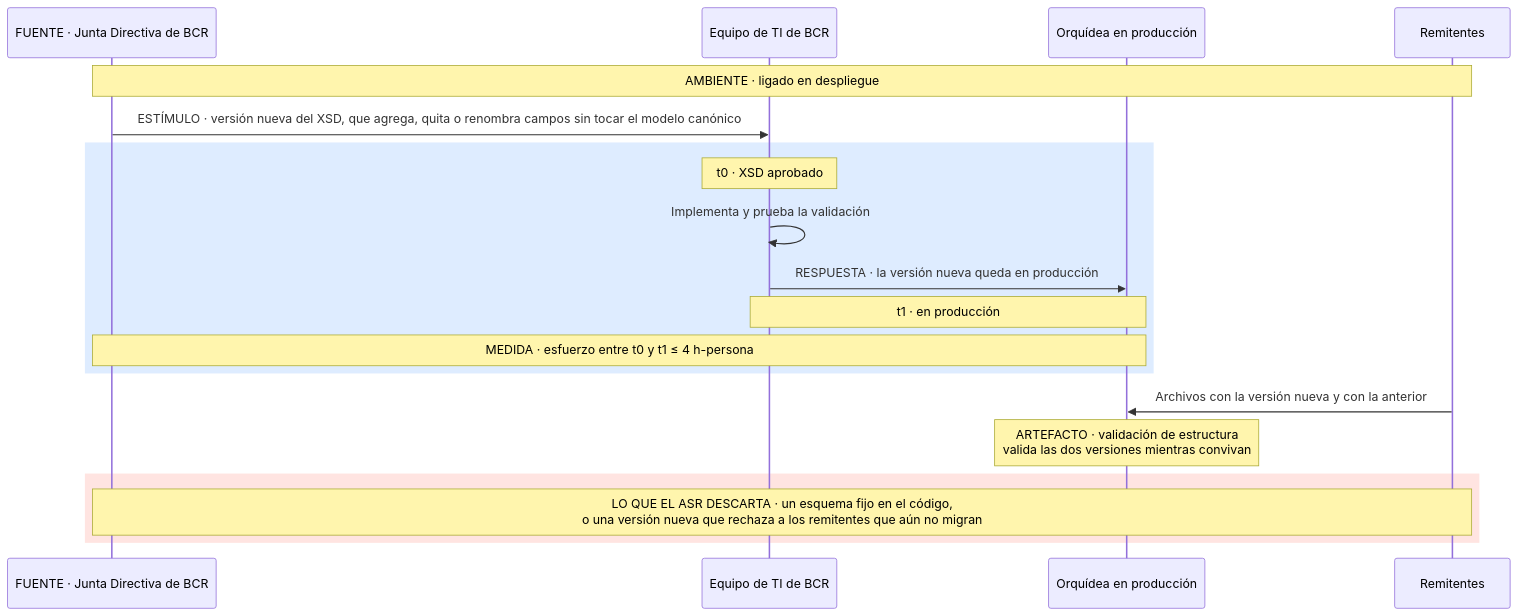
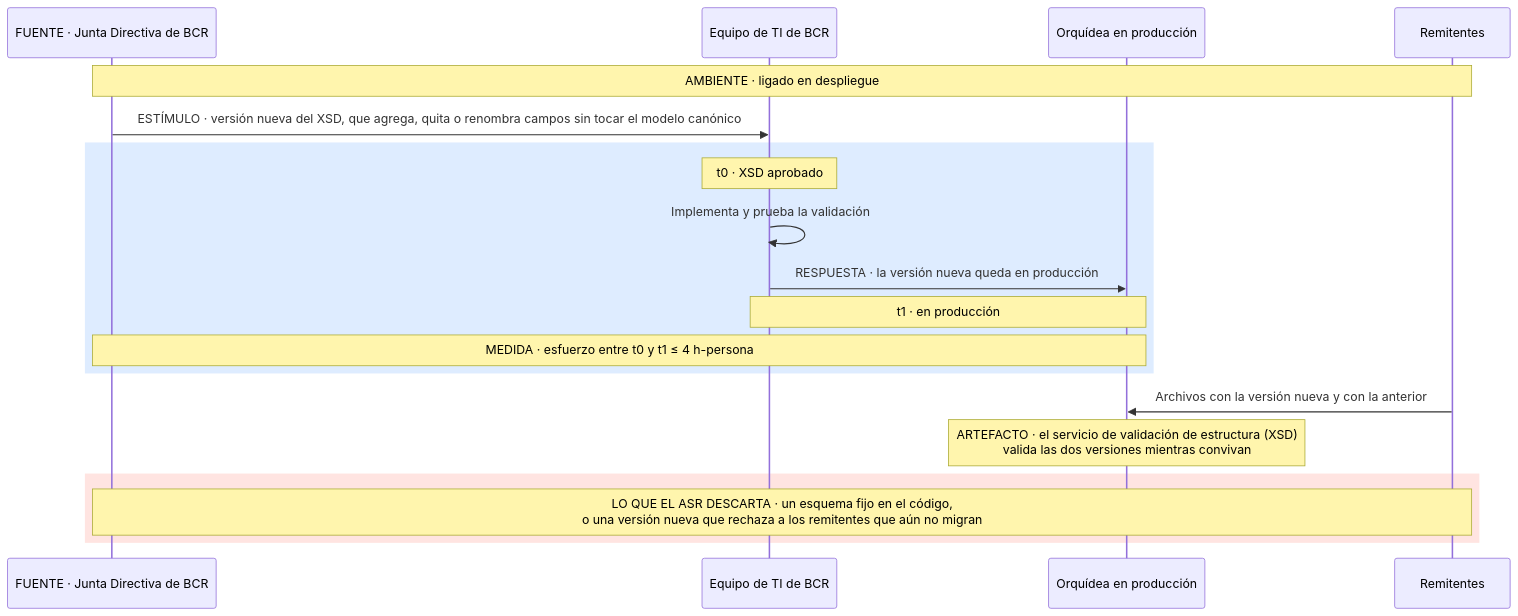
Diagram 15 of 17 in docs/quality-attributes.md (MATI-MBIT/arqsoft-reto-4), drawn with Mermaid before and after one commit. The commit also changed other lines of this file and 3 other files, not shown here.

````diff
--- a/docs/quality-attributes.md
+++ b/docs/quality-attributes.md
@@ -673,21 +673,21 @@
 ```mermaid
 sequenceDiagram
     participant J as FUENTE · Junta Directiva de BCR
     participant T as Equipo de TI de BCR
     participant O as Orquídea en producción
     participant R as Remitentes
     Note over J,R: AMBIENTE · ligado en despliegue
     J->>T: ESTÍMULO · versión nueva del XSD, que agrega, quita o renombra campos sin tocar el modelo canónico
     rect rgb(222, 236, 255)
     Note over T: t0 · XSD aprobado
     T->>T: Implementa y prueba la validación
     T->>O: RESPUESTA · la versión nueva queda en producción
     Note over T,O: t1 · en producción
     Note over J,O: MEDIDA · esfuerzo entre t0 y t1 ≤ 4 h-persona
     end
     R->>O: Archivos con la versión nueva y con la anterior
-    Note over O: ARTEFACTO · validación de estructura<br/>valida las dos versiones mientras convivan
+    Note over O: ARTEFACTO · el servicio de validación de estructura (XSD)<br/>valida las dos versiones mientras convivan
     rect rgb(255, 228, 225)
     Note over J,R: LO QUE EL ASR DESCARTA · un esquema fijo en el código,<br/>o una versión nueva que rechaza a los remitentes que aún no migran
     end
 ```
````
